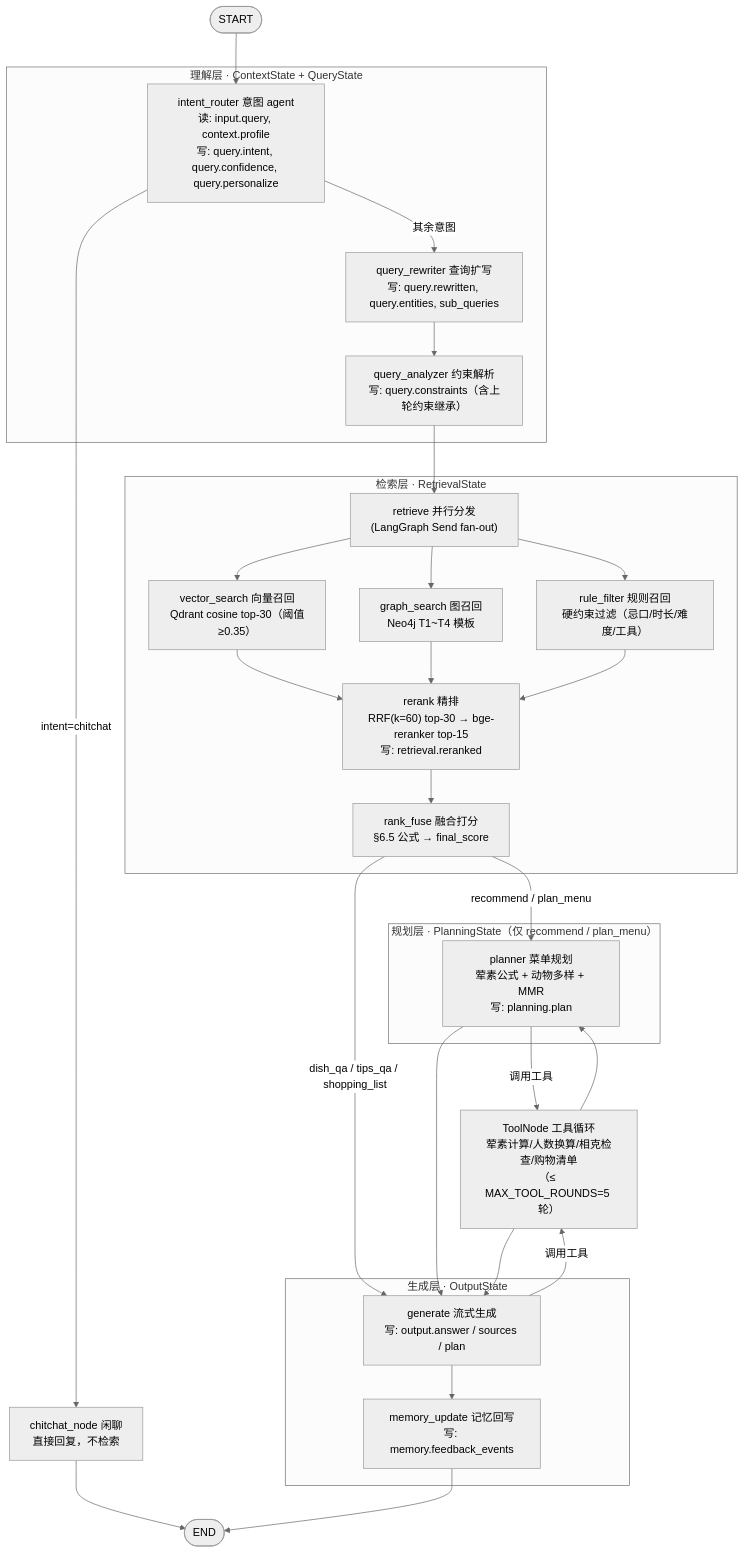
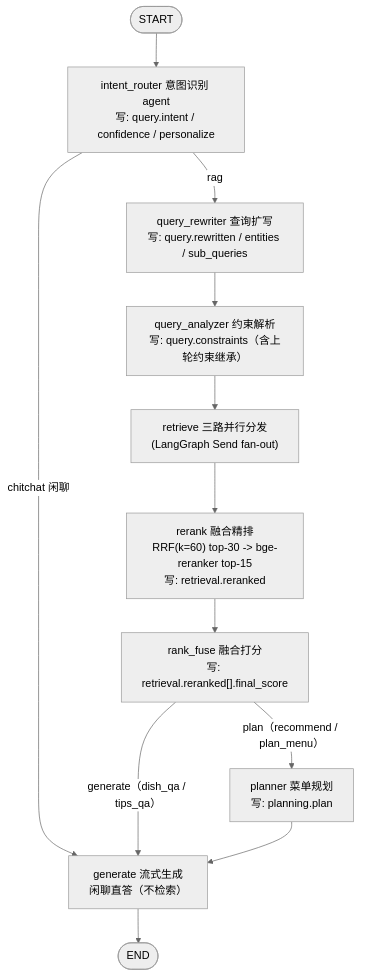
The diagram in doc/design/design.md (chiadan/YearWhat2Eat), drawn with Mermaid (neutral theme) before and after one commit. The commit also changed other lines of this file and 5 other files, not shown here.

Commit message:
0.1 终版：README 系统架构章节（整体架构图 + 核心流程图替换 Mermaid）+ AGENTS 架构总览 + LangGraph 状态图与代码实测对齐 + 存储可替换表述统一（PG->PostgreSQL）

````diff
--- a/doc/design/design.md
+++ b/doc/design/design.md
@@ -335,50 +337,15 @@
 ```mermaid
 flowchart TD
-    START([START]) --> intent_router
+    START([START]) --> intent_router["intent_router 意图识别 agent<br/>写: query.intent / confidence / personalize"]
 
-    subgraph 理解层["理解层 · ContextState + QueryState"]
-        intent_router["intent_router 意图 agent<br/>读: input.query, context.profile<br/>写: query.intent, query.confidence, query.personalize"]
-        query_rewriter["query_rewriter 查询扩写<br/>写: query.rewritten, query.entities, sub_queries"]
-        query_analyzer["query_analyzer 约束解析<br/>写: query.constraints（含上轮约束继承）"]
-    end
-
-    subgraph 检索层["检索层 · RetrievalState"]
-        retrieve["retrieve 并行分发<br/>(LangGraph Send fan-out)"]
-        vector_search["vector_search 向量召回<br/>Qdrant cosine top-30（阈值≥0.35）"]
-        graph_search["graph_search 图召回<br/>Neo4j T1~T4 模板"]
-        rule_filter["rule_filter 规则召回<br/>硬约束过滤（忌口/时长/难度/工具）"]
-        rerank["rerank 精排<br/>RRF(k=60) top-30 → bge-reranker top-15<br/>写: retrieval.reranked"]
-        rank_fuse["rank_fuse 融合打分<br/>§6.5 公式 → final_score"]
-    end
-
-    subgraph 规划层["规划层 · PlanningState（仅 recommend / plan_menu）"]
-        planner["planner 菜单规划<br/>荤素公式 + 动物多样 + MMR<br/>写: planning.plan"]
-    end
-
-    subgraph 生成层["生成层 · OutputState"]
-        generate["generate 流式生成<br/>写: output.answer / sources / plan"]
-        memory_update["memory_update 记忆回写<br/>写: memory.feedback_events"]
-    end
-
-    ToolNode["ToolNode 工具循环<br/>荤素计算/人数换算/相克检查/购物清单<br/>（≤ MAX_TOOL_ROUNDS=5 轮）"]
-
-    intent_router -->|"intent=chitchat"| chitchat["chitchat_node 闲聊<br/>直接回复，不检索"]
-    chitchat --> END([END])
-    intent_router -->|"其余意图"| query_rewriter
-    query_rewriter --> query_analyzer
-    query_analyzer --> retrieve
-    retrieve --> vector_search & graph_search & rule_filter
-    vector_search --> rerank
-    graph_search --> rerank
-    rule_filter --> rerank
-    rerank --> rank_fuse
-    rank_fuse -->|"recommend / plan_menu"| planner
-    rank_fuse -->|"dish_qa / tips_qa / shopping_list"| generate
-    planner -->|"调用工具"| ToolNode
-    ToolNode --> planner
+    intent_router -->|"chitchat 闲聊"| generate["generate 流式生成<br/>闲聊直答（不检索）"]
+    intent_router -->|"rag"| query_rewriter["query_rewriter 查询扩写<br/>写: query.rewritten / entities / sub_queries"]
+    query_rewriter --> query_analyzer["query_analyzer 约束解析<br/>写: query.constraints（含上轮约束继承）"]
+    query_analyzer --> retrieve["retrieve 三路并行分发<br/>(LangGraph Send fan-out)"]
+    retrieve --> rerank["rerank 融合精排<br/>RRF(k=60) top-30 -> bge-reranker top-15<br/>写: retrieval.reranked"]
+    rerank --> rank_fuse["rank_fuse 融合打分<br/>写: retrieval.reranked[].final_score"]
+    rank_fuse -->|"plan（recommend / plan_menu）"| planner["planner 菜单规划<br/>写: planning.plan"]
+    rank_fuse -->|"generate（dish_qa / tips_qa）"| generate
     planner --> generate
-    generate -->|"调用工具"| ToolNode
-    ToolNode --> generate
-    generate --> memory_update
-    memory_update --> END
+    generate --> END([END])
 ```
````
